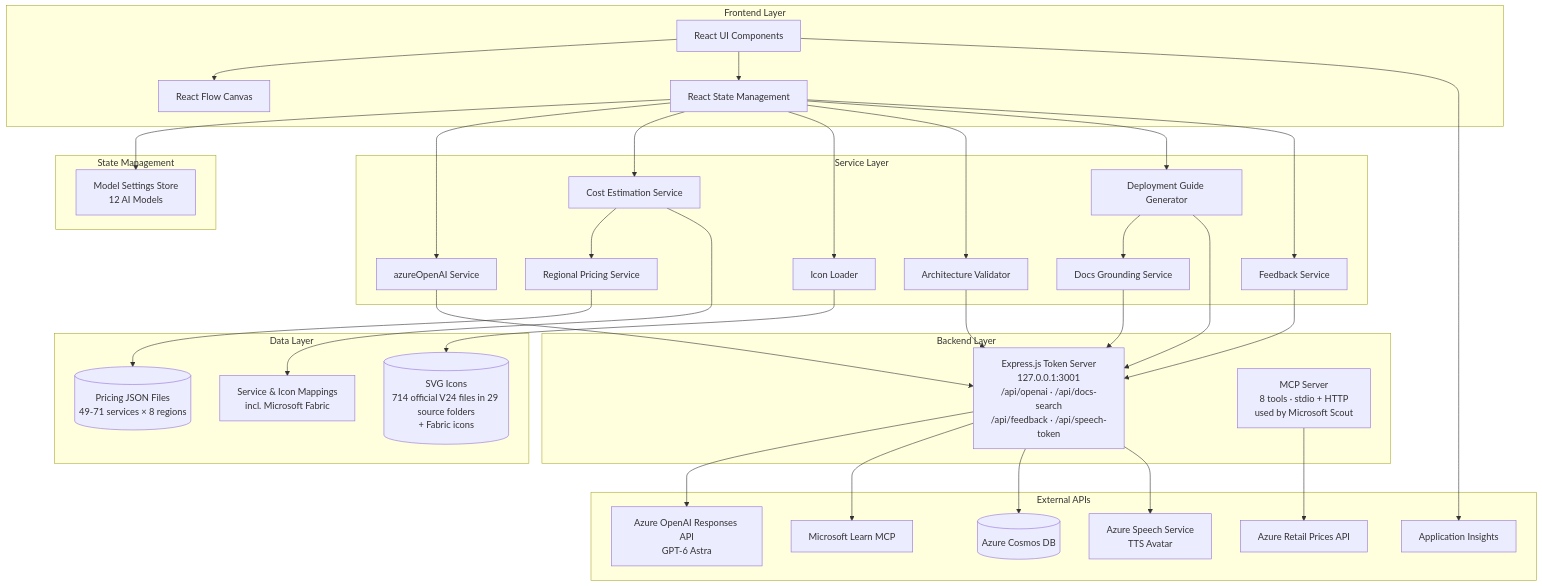
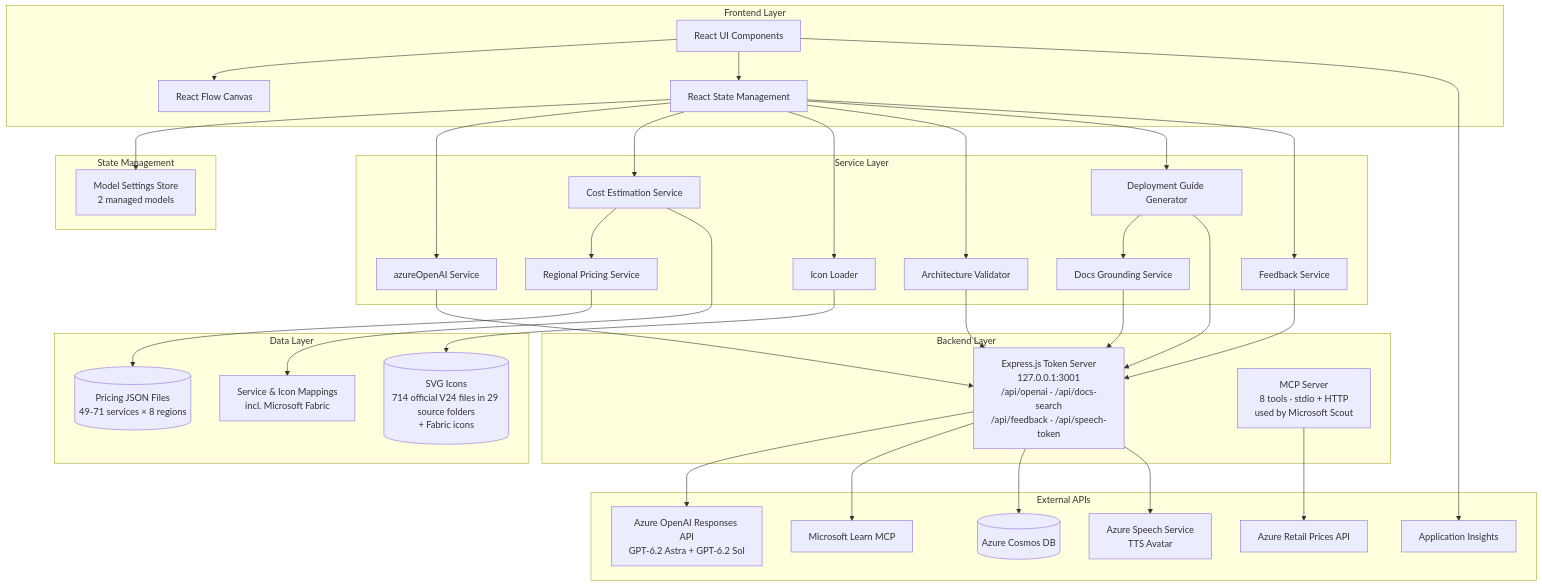
The first of 4 diagrams in DOCS/ARCHITECTURE.md (yang-jiayi/AzureDiagarm), drawn with Mermaid before and after one commit. The commit also changed other lines of this file and 84 other files, not shown here.

````diff
--- a/DOCS/ARCHITECTURE.md
+++ b/DOCS/ARCHITECTURE.md
@@ -15,69 +15,69 @@
 ```mermaid
 graph TB
     subgraph "Frontend Layer"
         UI[React UI Components]
         RF[React Flow Canvas]
         State[React State Management]
     end
 
     subgraph "Service Layer"
         AI[azureOpenAI Service]
         Pricing[Cost Estimation Service]
         Regional[Regional Pricing Service]
         Icons[Icon Loader]
         Validator[Architecture Validator]
         DeployGen[Deployment Guide Generator]
         DocsGround[Docs Grounding Service]
         Feedback[Feedback Service]
     end
 
     subgraph "State Management"
-        ModelStore[Model Settings Store<br/>12 AI Models]
+        ModelStore[Model Settings Store<br/>2 managed models]
     end
 
     subgraph "Data Layer"
         PricingData[(Pricing JSON Files<br/>49-71 services × 8 regions)]
         IconData[(SVG Icons<br/>714 official V24 files in 29 source folders<br/>+ Fabric icons)]
         Mappings[Service & Icon Mappings<br/>incl. Microsoft Fabric]
     end
 
     subgraph "Backend Layer"
         TokenServer[Express.js Token Server<br/>127.0.0.1:3001<br/>/api/openai · /api/docs-search<br/>/api/feedback · /api/speech-token]
         MCP[MCP Server<br/>8 tools · stdio + HTTP<br/>used by Microsoft Scout]
     end
 
     subgraph "External APIs"
-        OpenAI[Azure OpenAI Responses API<br/>GPT-6 Astra]
+        OpenAI[Azure OpenAI Responses API<br/>GPT-6.2 Astra + GPT-6.2 Sol]
         LearnMCP[Microsoft Learn MCP]
         AzureAPI[Azure Retail Prices API]
         Cosmos[(Azure Cosmos DB)]
         AppInsightsAPI[Application Insights]
         SpeechAPI[Azure Speech Service<br/>TTS Avatar]
     end
 
     UI --> RF
     UI --> State
     State --> ModelStore
     State --> AI
     State --> Pricing
     State --> Icons
     State --> Validator
     State --> DeployGen
     State --> Feedback
     DeployGen --> DocsGround
     AI --> TokenServer
     Validator --> TokenServer
     DeployGen --> TokenServer
     DocsGround --> TokenServer
     Feedback --> TokenServer
     Pricing --> Regional
     Regional --> PricingData
     Icons --> IconData
     Pricing --> Mappings
     TokenServer --> OpenAI
     TokenServer --> LearnMCP
     TokenServer --> Cosmos
     TokenServer --> SpeechAPI
     UI --> AppInsightsAPI
     MCP --> AzureAPI
 ```
````
